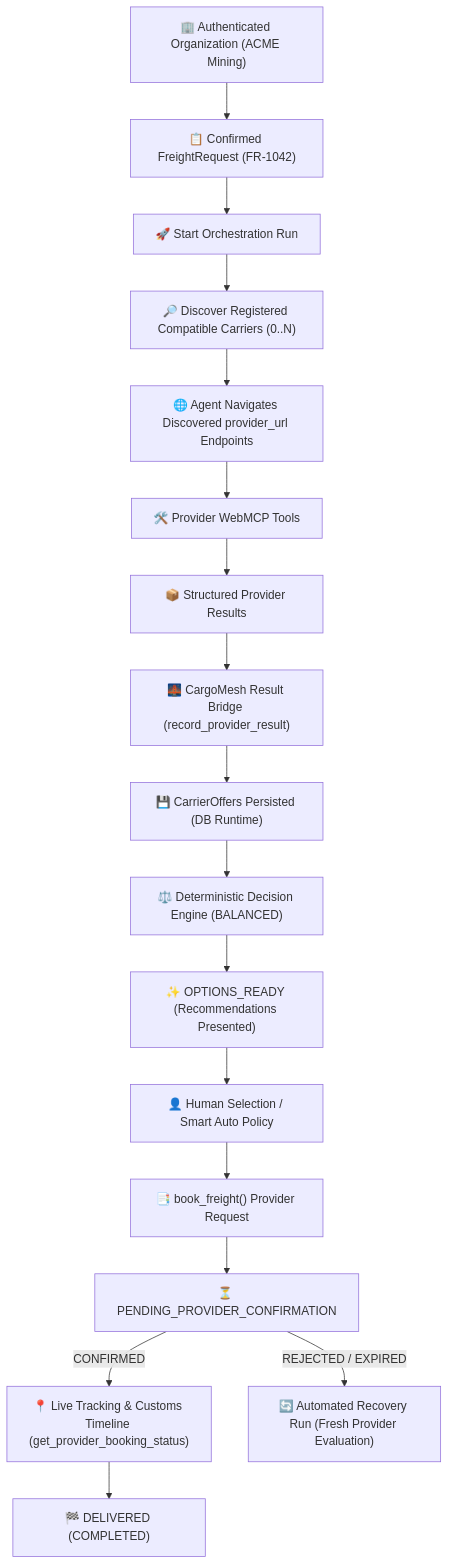
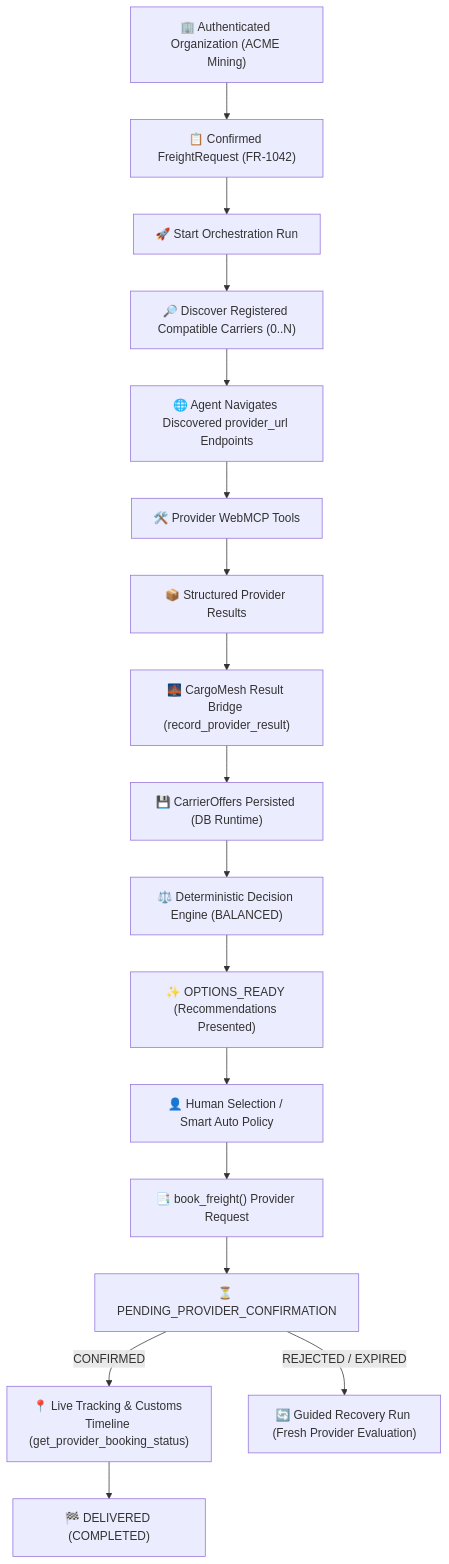
The first of 2 diagrams in README.md (Chujutak2024/cargomesh), drawn with Mermaid before and after one commit. The commit also changed other lines of this file and 1 other file, not shown here.

````diff
--- a/README.md
+++ b/README.md
@@ -56,19 +102,19 @@
 ```mermaid
 graph TD
     A["🏢 Authenticated Organization (ACME Mining)"] --> B["📋 Confirmed FreightRequest (FR-1042)"]
     B --> C["🚀 Start Orchestration Run"]
     C --> D["🔎 Discover Registered Compatible Carriers (0..N)"]
     D --> E["🌐 Agent Navigates Discovered provider_url Endpoints"]
     E --> F["🛠️ Provider WebMCP Tools"]
     F --> G["📦 Structured Provider Results"]
     G --> H["🌉 CargoMesh Result Bridge (record_provider_result)"]
     H --> I["💾 CarrierOffers Persisted (DB Runtime)"]
     I --> J["⚖️ Deterministic Decision Engine (BALANCED)"]
     J --> K["✨ OPTIONS_READY (Recommendations Presented)"]
     K --> L["👤 Human Selection / Smart Auto Policy"]
     L --> M["📑 book_freight() Provider Request"]
     M --> N["⏳ PENDING_PROVIDER_CONFIRMATION"]
     N -->|CONFIRMED| O["📍 Live Tracking & Customs Timeline (get_provider_booking_status)"]
-    N -->|REJECTED / EXPIRED| P["🔄 Automated Recovery Run (Fresh Provider Evaluation)"]
+    N -->|REJECTED / EXPIRED| P["🔄 Guided Recovery Run (Fresh Provider Evaluation)"]
     O --> Q["🏁 DELIVERED (COMPLETED)"]
 ```
````
